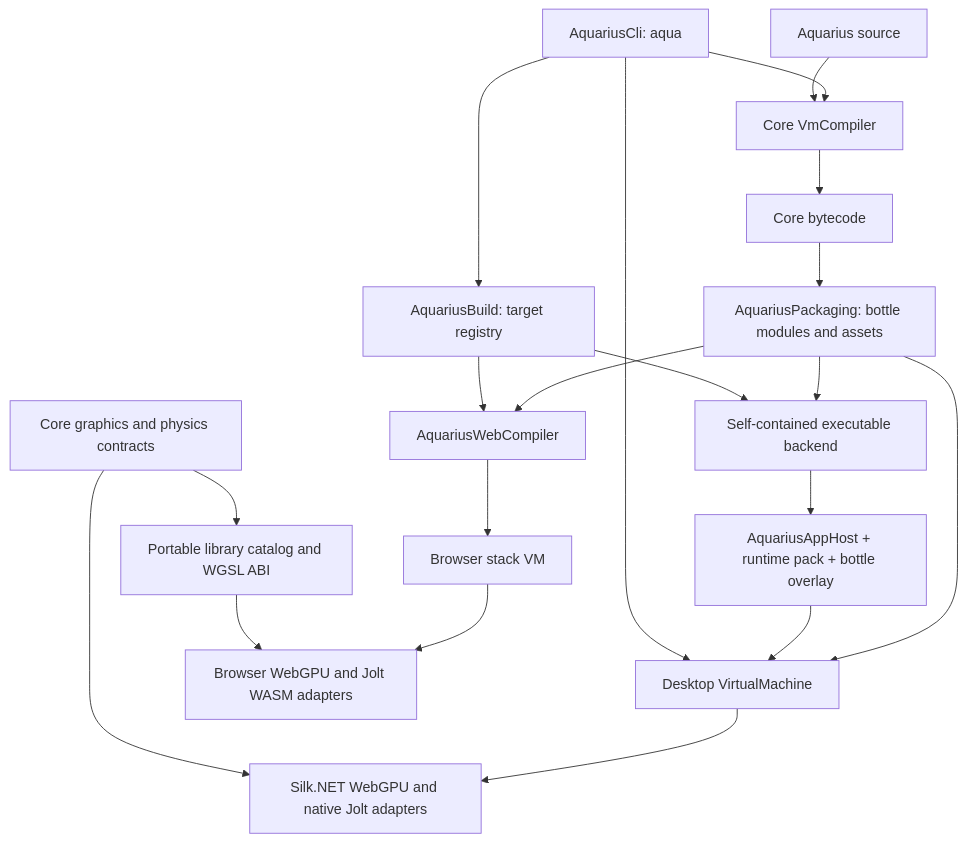
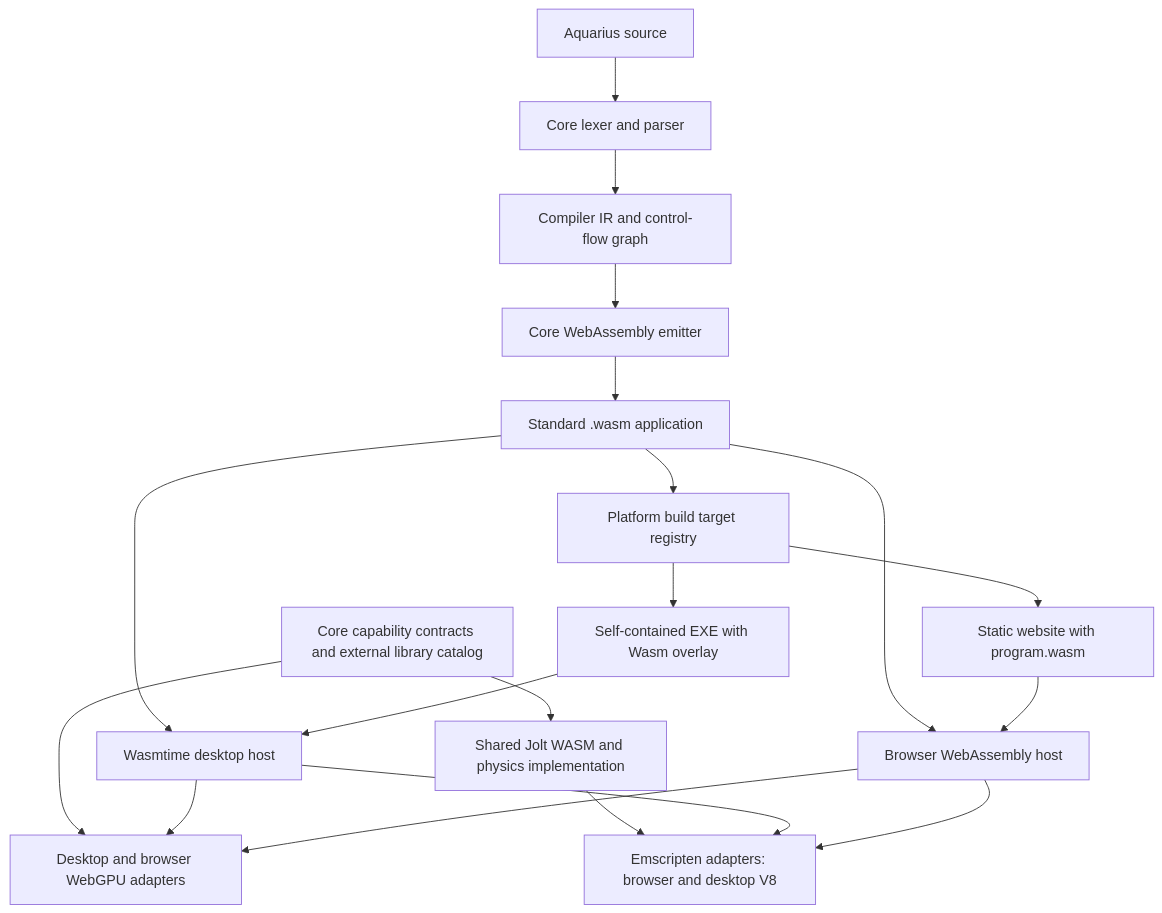
One commit to Aquarius-Language/AquariusLangTW changed the diagram in ARCHITECTURE.md. Above: the diagram before and after it, drawn with Mermaid. The commit also changed other lines of this file and 402 other files, not shown here.

````diff
--- a/ARCHITECTURE.md
+++ b/ARCHITECTURE.md
@@ -3,22 +3,21 @@
 ```mermaid
 flowchart TD
-    Source[Aquarius source] --> Compiler[Core VmCompiler]
-    Compiler --> Bytecode[Core bytecode]
-    Bytecode --> Bottle[AquariusPackaging: bottle modules and assets]
-    Cli[AquariusCli: aqua] --> Compiler
-    Cli --> Desktop[Desktop VirtualMachine]
-    Cli --> Targets[AquariusBuild: target registry]
-    Targets --> WebCompiler[AquariusWebCompiler]
-    Targets --> Windows[Self-contained executable backend]
-    Bottle --> Windows
-    Windows --> App[AquariusAppHost + runtime pack + bottle overlay]
-    App --> Desktop
-    Bottle --> Desktop
-    Bottle --> WebCompiler
-    WebCompiler --> Browser[Browser stack VM]
-    Core[Core graphics and physics contracts] --> Native[Silk.NET WebGPU and native Jolt adapters]
-    Core --> Manifest[Portable library catalog and WGSL ABI]
-    Manifest --> BrowserAdapters[Browser WebGPU and Jolt WASM adapters]
-    Desktop --> Native
-    Browser --> BrowserAdapters
+    Source[Aquarius source] --> Frontend[Core lexer and parser]
+    Frontend --> Lowering[Compiler IR and control-flow graph]
+    Lowering --> Wasm[Core WebAssembly emitter]
+    Wasm --> Artifact[Standard .wasm application]
+    Artifact --> Desktop[Wasmtime desktop host]
+    Artifact --> Web[Browser WebAssembly host]
+    Artifact --> Export[Platform build target registry]
+    Export --> Website[Static website with program.wasm]
+    Export --> Exe[Self-contained EXE with Wasm overlay]
+    Exe --> Desktop
+    Website --> Web
+    Core[Core capability contracts and external library catalog] --> GPU[Desktop and browser WebGPU adapters]
+    Core --> Jolt[Shared Jolt WASM and physics implementation]
+    Jolt --> Emscripten[Emscripten adapters: browser and desktop V8]
+    Desktop --> GPU
+    Web --> GPU
+    Desktop --> Emscripten
+    Web --> Emscripten
 ```
````
